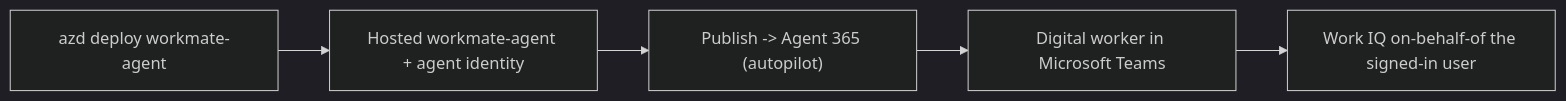
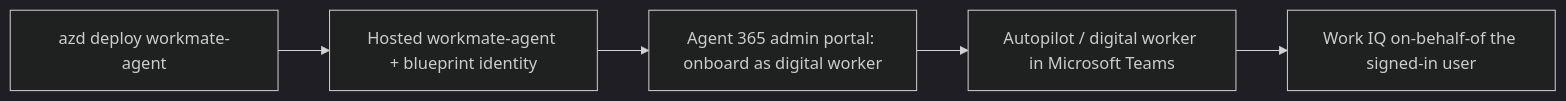
The diagram in docs/teams.md (aycabas/iqdeepdive-workiq), drawn with Mermaid (dark theme) before and after one commit. The commit also changed other lines of this file and 1 other file, not shown here.

First line of the commit message:
Fix A365 publish path: digital worker is onboarded from the Agent 365 admin portal

````diff
--- a/docs/teams.md
+++ b/docs/teams.md
@@ -18,7 +25,7 @@
 ```mermaid
 flowchart LR
-  azd[azd deploy workmate-agent] --> agent[Hosted workmate-agent + agent identity]
-  agent --> publish["Publish -> Agent 365 (autopilot)"]
-  publish --> teams[Digital worker in Microsoft Teams]
+  azd[azd deploy workmate-agent] --> agent[Hosted workmate-agent + blueprint identity]
+  agent --> a365["Agent 365 admin portal: onboard as digital worker"]
+  a365 --> teams[Autopilot / digital worker in Microsoft Teams]
   teams --> obo[Work IQ on-behalf-of the signed-in user]
 ```
````
